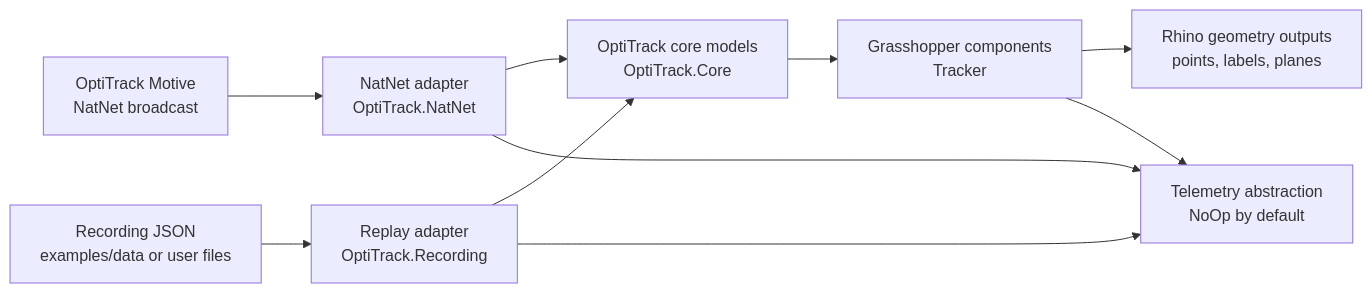
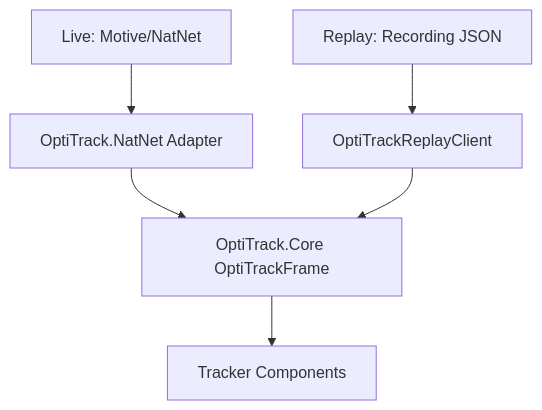
The second of 2 diagrams in docs/architecture.md (rhughes42/optitrack-gh), drawn with Mermaid before and after one commit. The commit also changed other lines of this file and 25 other files, not shown here.

````diff
--- a/docs/architecture.md
+++ b/docs/architecture.md
@@ -5,12 +17,8 @@
 ```mermaid
-flowchart LR
-  Motive[OptiTrack Motive<br/>NatNet broadcast] --> Adapter[NatNet adapter<br/>OptiTrack.NatNet]
-  Recording[Recording JSON<br/>examples/data or user files] --> Replay[Replay adapter<br/>OptiTrack.Recording]
-  Adapter --> Core[OptiTrack core models<br/>OptiTrack.Core]
-  Replay --> Core
-  Adapter --> Telemetry[Telemetry abstraction<br/>NoOp by default]
-  Replay --> Telemetry
-  Core --> Grasshopper[Grasshopper components<br/>Tracker]
-  Grasshopper --> Rhino[Rhino geometry outputs<br/>points, labels, planes]
-  Grasshopper --> Telemetry
+flowchart TD
+  L[Live: Motive/NatNet] --> A[OptiTrack.NatNet Adapter]
+  J[Replay: Recording JSON] --> P[OptiTrackReplayClient]
+  A --> C[OptiTrack.Core OptiTrackFrame]
+  P --> C
+  C --> GH[Tracker Components]
 ```
````
